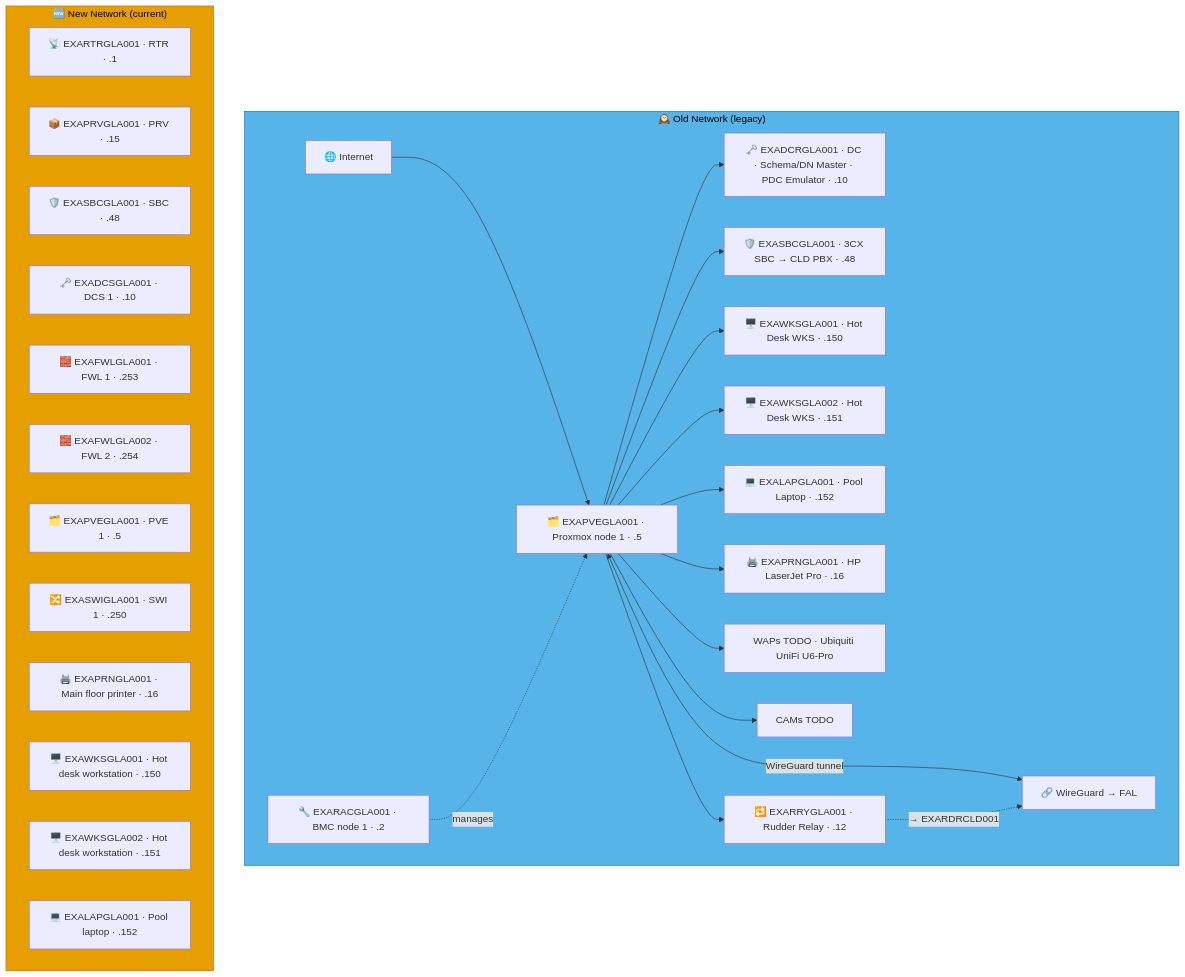
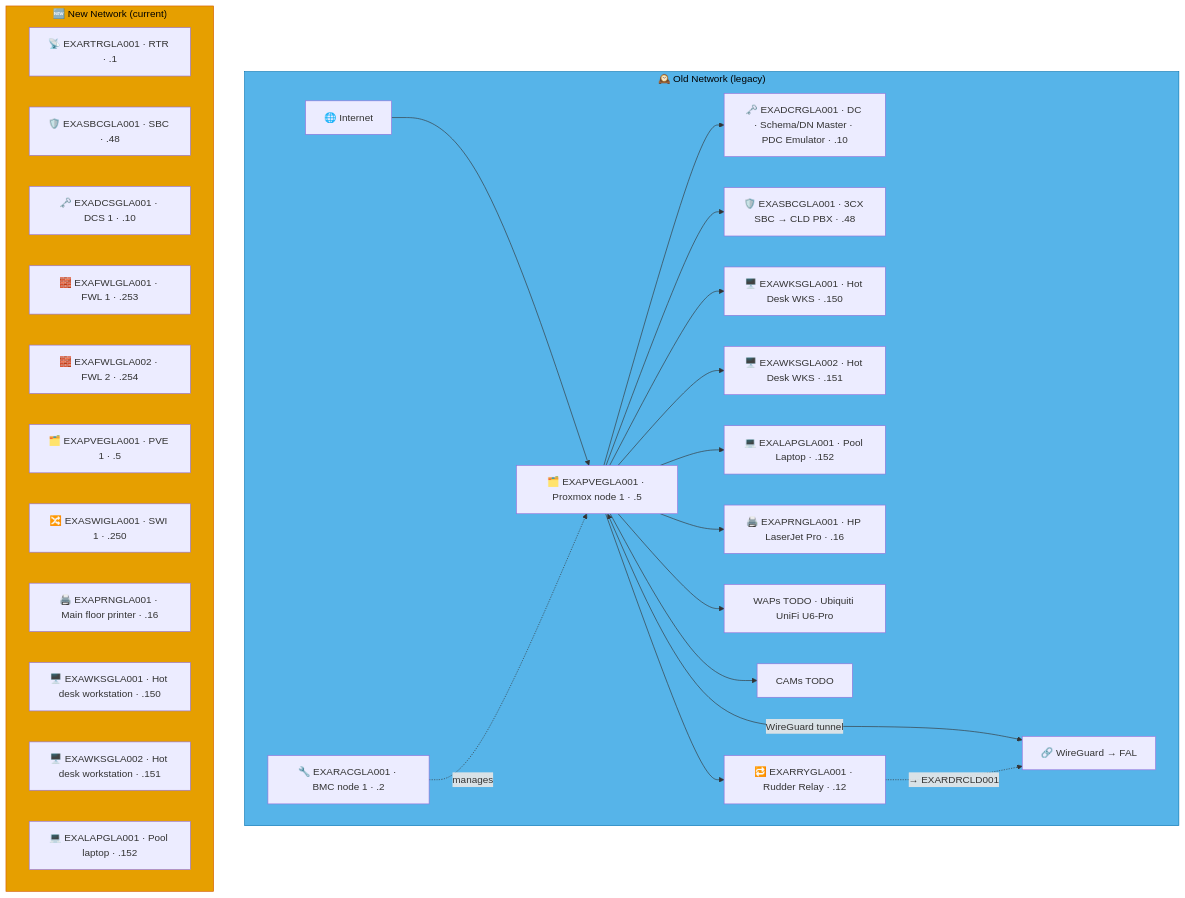
Before and after one commit to knightmare2600/example_music_infra: the third of 7 diagrams in docs/network-diagram/scotland.md, drawn with Mermaid. The commit also changed other lines of this file and 55 other files, not shown here.

````diff
--- a/docs/network-diagram/scotland.md
+++ b/docs/network-diagram/scotland.md
@@ -238,45 +235,44 @@
 ```mermaid
 graph TD
     subgraph OLD_GLA ["🕰️ Old Network (legacy)"]
       INET["🌐 Internet"]
       PVE["🗂️ EXAPVEGLA001 · Proxmox node 1 · .5"]
       RAC["🔧 EXARACGLA001 · BMC node 1 · .2"]
       DC["🗝️ EXADCRGLA001 · DC · Schema/DN Master · PDC Emulator · .10"]
       SBC["🛡️ EXASBCGLA001 · 3CX SBC → CLD PBX · .48"]
       RRY["🔁 EXARRYGLA001 · Rudder Relay · .12"]
       WKS1["🖥️ EXAWKSGLA001 · Hot Desk WKS · .150"]
       WKS2["🖥️ EXAWKSGLA002 · Hot Desk WKS · .151"]
       LAP["💻 EXALAPGLA001 · Pool Laptop · .152"]
       PRN["🖨️ EXAPRNGLA001 · HP LaserJet Pro · .16"]
       WAP["WAPs TODO · Ubiquiti UniFi U6-Pro"]
       CAM["CAMs TODO"]
       VPN["🔗 WireGuard → FAL"]
 
       INET --> PVE
       PVE --> DC & SBC
       RAC -.->|"manages"| PVE
       PVE --> WKS1 & WKS2 & LAP & PRN & WAP & CAM
       PVE <-->|"WireGuard tunnel"| VPN
 
       PVE --> RRY
       RRY -. "→ EXARDRCLD001" .-> VPN
     end
     style OLD_GLA fill:#56B4E9,stroke:#0072B2,color:#000000
     %% GENERATED:NEW-NETWORK:GLA:START
     subgraph NEW_GLA ["🆕 New Network (current)"]
       N_RTR["📡 EXARTRGLA001 · RTR · .1"]
-      N_PRV["📦 EXAPRVGLA001 · PRV · .15"]
       N_SBC["🛡️ EXASBCGLA001 · SBC · .48"]
       N_DCS["🗝️ EXADCSGLA001 · DCS 1 · .10"]
       N_FWL["🧱 EXAFWLGLA001 · FWL 1 · .253"]
       N_FWL2["🧱 EXAFWLGLA002 · FWL 2 · .254"]
       N_PVE["🗂️ EXAPVEGLA001 · PVE 1 · .5"]
       N_SWI["🔀 EXASWIGLA001 · SWI 1 · .250"]
       N_PRN["🖨️ EXAPRNGLA001 · Main floor printer · .16"]
       N_WKS["🖥️ EXAWKSGLA001 · Hot desk workstation · .150"]
       N_WKS2["🖥️ EXAWKSGLA002 · Hot desk workstation · .151"]
       N_LAP["💻 EXALAPGLA001 · Pool laptop · .152"]
     end
     style NEW_GLA fill:#E69F00,stroke:#D55E00,color:#000000
     %% GENERATED:NEW-NETWORK:GLA:END
 ```
````
